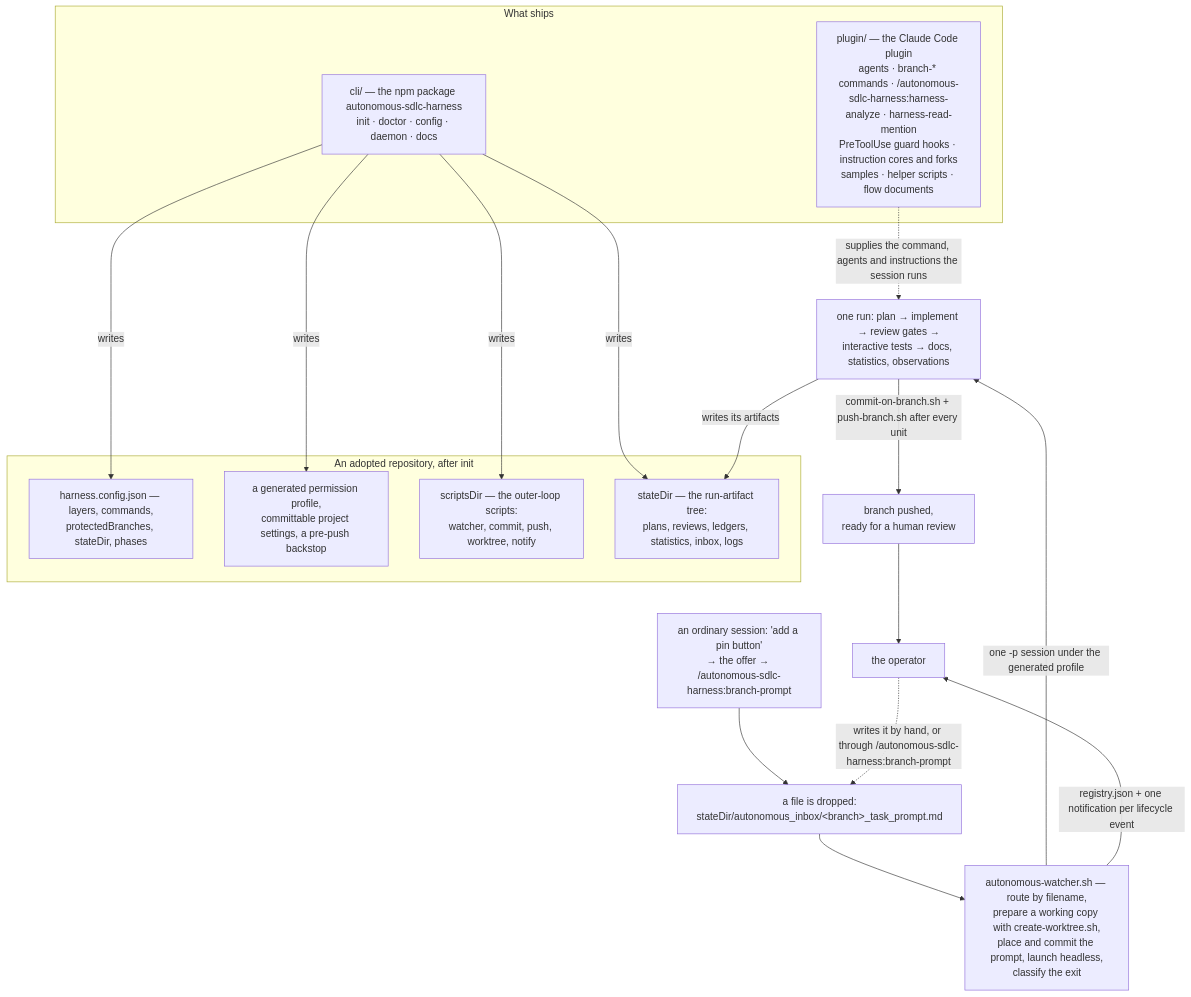
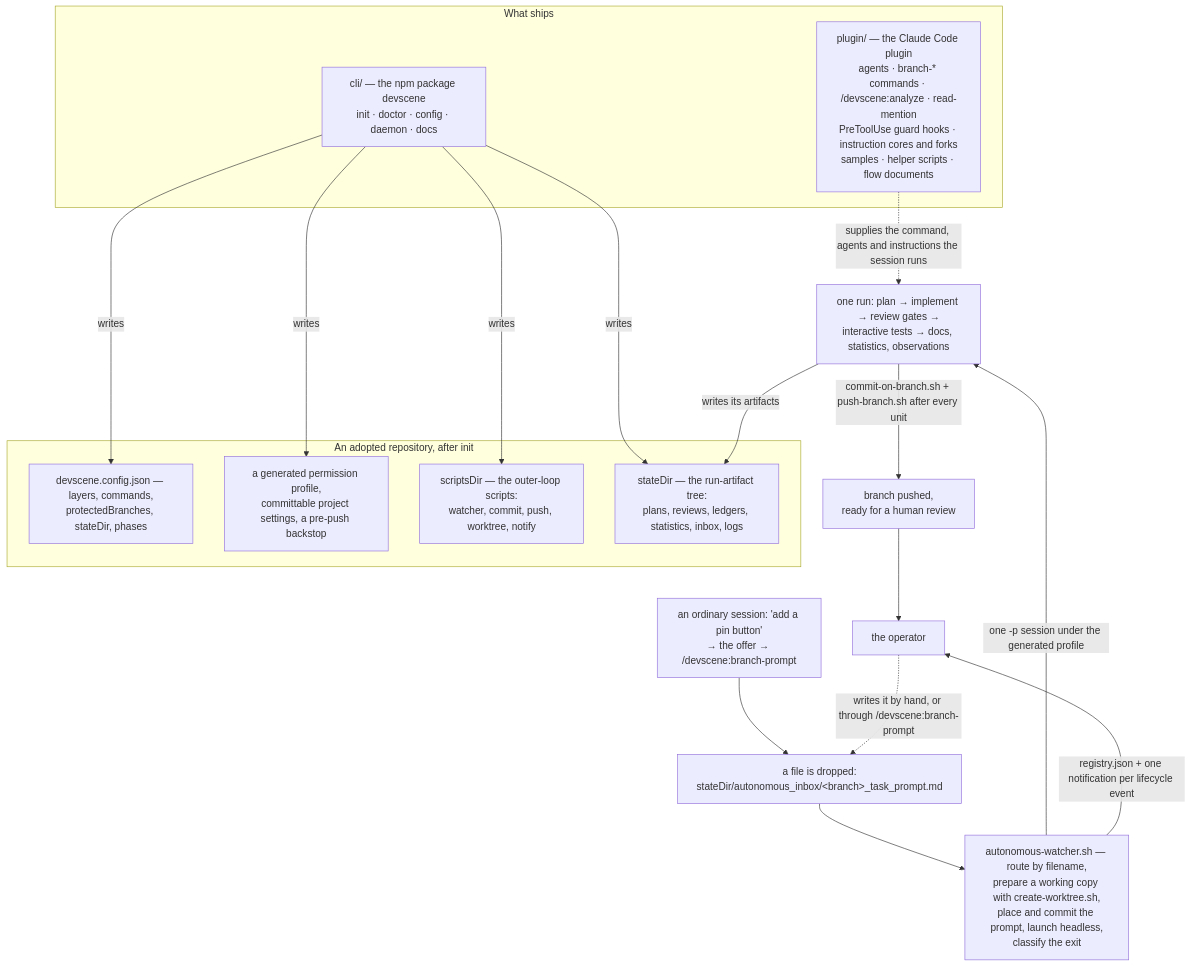
One commit to firu-daniel/autonomous-sdlc-harness changed the diagram in README.md. Above: the diagram before and after it, drawn with Mermaid. The commit also changed other lines of this file and 567 other files, not shown here.

````diff
--- a/README.md
+++ b/README.md
@@ -52,28 +52,28 @@
 ```mermaid
 flowchart TB
   subgraph ship["What ships"]
-    P["plugin/ — the Claude Code plugin<br/>agents · branch-* commands · /autonomous-sdlc-harness:harness-analyze · harness-read-mention<br/>PreToolUse guard hooks · instruction cores and forks<br/>samples · helper scripts · flow documents"]
-    C["cli/ — the npm package autonomous-sdlc-harness<br/>init · doctor · config · daemon · docs"]
+    P["plugin/ — the Claude Code plugin<br/>agents · branch-* commands · /devscene:analyze · read-mention<br/>PreToolUse guard hooks · instruction cores and forks<br/>samples · helper scripts · flow documents"]
+    C["cli/ — the npm package devscene<br/>init · doctor · config · daemon · docs"]
   end
   subgraph repo["An adopted repository, after init"]
-    CFG["harness.config.json — layers, commands,<br/>protectedBranches, stateDir, phases"]
+    CFG["devscene.config.json — layers, commands,<br/>protectedBranches, stateDir, phases"]
     PROF["a generated permission profile,<br/>committable project settings, a pre-push backstop"]
     SCR["scriptsDir — the outer-loop scripts:<br/>watcher, commit, push, worktree, notify"]
     ST["stateDir — the run-artifact tree:<br/>plans, reviews, ledgers, statistics, inbox, logs"]
   end
   C -->|writes| CFG
   C -->|writes| PROF
   C -->|writes| SCR
   C -->|writes| ST
   D["a file is dropped:<br/>stateDir/autonomous_inbox/&lt;branch&gt;_task_prompt.md"] --> W
-  ASK["an ordinary session: 'add a pin button'<br/>→ the offer → /autonomous-sdlc-harness:branch-prompt"] --> D
-  N -.->|"writes it by hand, or through /autonomous-sdlc-harness:branch-prompt"| D
+  ASK["an ordinary session: 'add a pin button'<br/>→ the offer → /devscene:branch-prompt"] --> D
+  N -.->|"writes it by hand, or through /devscene:branch-prompt"| D
   W["autonomous-watcher.sh — route by filename,<br/>prepare a working copy with create-worktree.sh,<br/>place and commit the prompt, launch headless,<br/>classify the exit"]
   W -->|"one -p session under the generated profile"| E
   P -.->|"supplies the command, agents and instructions the session runs"| E
   E["one run: plan → implement → review gates →<br/>interactive tests → docs, statistics, observations"]
   E -->|"commit-on-branch.sh + push-branch.sh after every unit"| B["branch pushed,<br/>ready for a human review"]
   E -->|"writes its artifacts"| ST
   W -->|"registry.json + one notification per lifecycle event"| N["the operator"]
   B --> N
 ```
````
